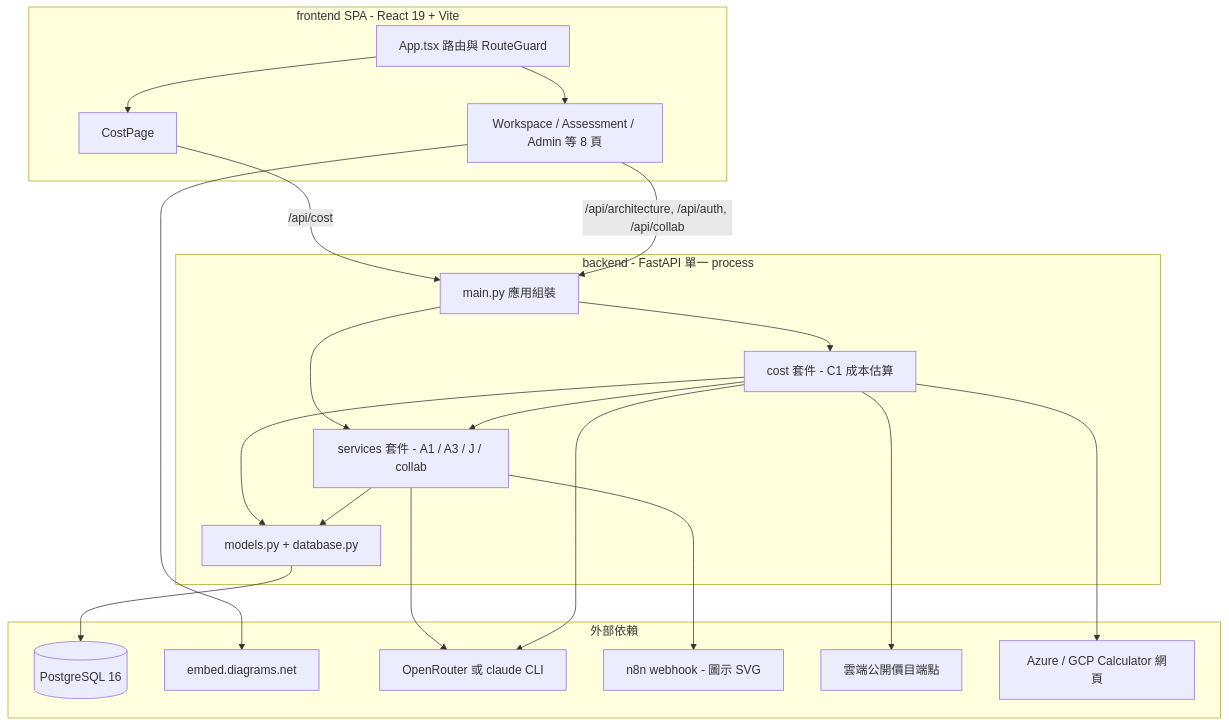
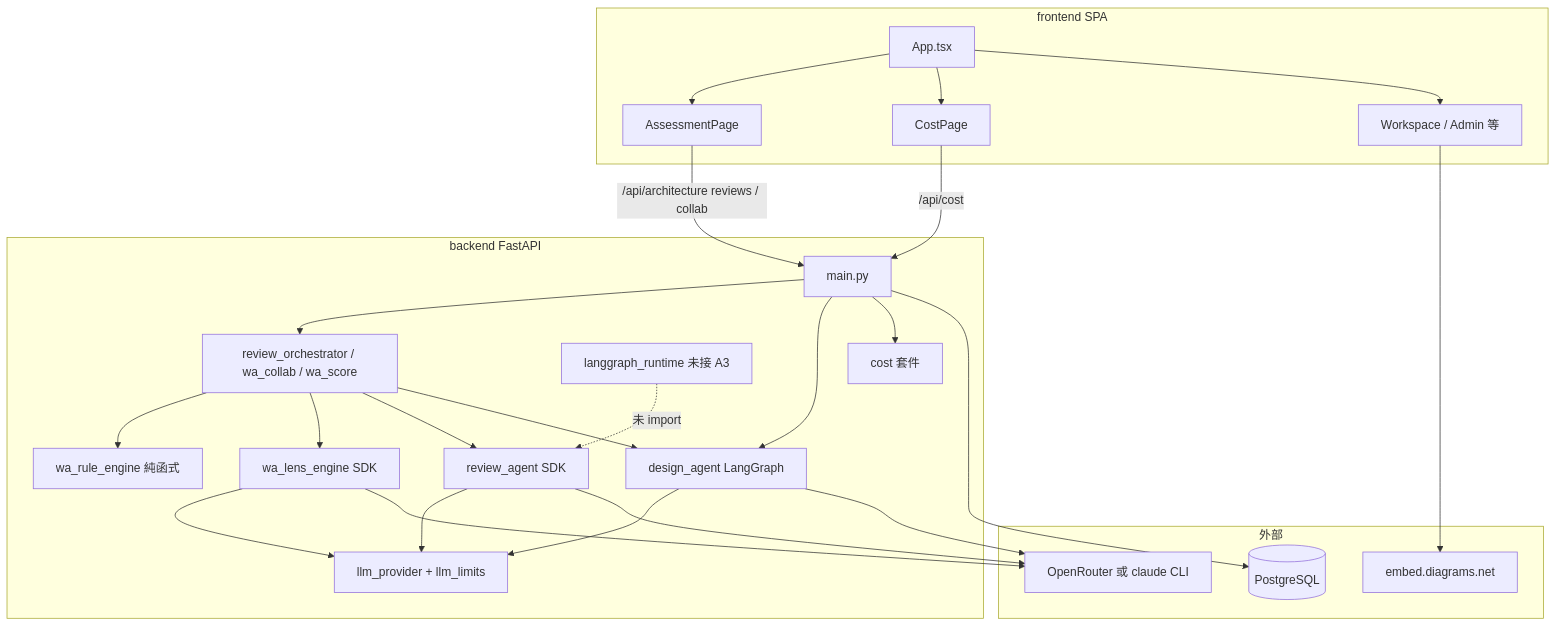
The first of 5 diagrams in aidlc/spaces/default/codekb/cloud/architecture.md (opendiamonds/cloud-360), drawn with Mermaid before and after one commit. The commit also changed other lines of this file and 57 other files, not shown here.

First line of the commit message:
重構(a3): Assessment Review/Lens 改走 LangGraph 並修正串流 state

````diff
--- a/aidlc/spaces/default/codekb/cloud/architecture.md
+++ b/aidlc/spaces/default/codekb/cloud/architecture.md
@@ -18,41 +16,49 @@
 ```mermaid
 graph TD
-  subgraph FE["frontend SPA - React 19 + Vite"]
-    ROUTES["App.tsx 路由與 RouteGuard"]
+  subgraph FE["frontend SPA"]
+    ROUTES["App.tsx"]
+    ASSESS["AssessmentPage"]
     COSTPAGE["CostPage"]
-    OTHERPAGES["Workspace / Assessment / Admin 等 8 頁"]
+    OTHER["Workspace / Admin 等"]
   end
 
-  subgraph BE["backend - FastAPI 單一 process"]
-    MAIN["main.py 應用組裝"]
-    COST["cost 套件 - C1 成本估算"]
-    SVC["services 套件 - A1 / A3 / J / collab"]
-    ORM["models.py + database.py"]
+  subgraph BE["backend FastAPI"]
+    MAIN["main.py"]
+    DESIGN["design_agent LangGraph"]
+    REVIEW["review_agent SDK"]
+    LENS["wa_lens_engine SDK"]
+    RULES["wa_rule_engine 純函式"]
+    ORCH["review_orchestrator / wa_collab / wa_score"]
+    LGHELPER["langgraph_runtime 未接 A3"]
+    LLM["llm_provider + llm_limits"]
+    COST["cost 套件"]
   end
 
-  subgraph EXT["外部依賴"]
-    PG[("PostgreSQL 16")]
+  subgraph EXT["外部"]
+    PG[("PostgreSQL")]
+    OR["OpenRouter 或 claude CLI"]
     DRAWIO["embed.diagrams.net"]
-    LLM["OpenRouter 或 claude CLI"]
-    N8N["n8n webhook - 圖示 SVG"]
-    PRICE["雲端公開價目端點"]
-    CALC["Azure / GCP Calculator 網頁"]
   end
 
+  ROUTES --> ASSESS
   ROUTES --> COSTPAGE
-  ROUTES --> OTHERPAGES
+  ROUTES --> OTHER
+  ASSESS -->|"/api/architecture reviews / collab"| MAIN
   COSTPAGE -->|"/api/cost"| MAIN
-  OTHERPAGES -->|"/api/architecture, /api/auth, /api/collab"| MAIN
+  MAIN --> ORCH
+  MAIN --> DESIGN
   MAIN --> COST
-  MAIN --> SVC
-  COST --> SVC
-  COST --> ORM
-  SVC --> ORM
-  ORM --> PG
-  OTHERPAGES --> DRAWIO
-  SVC --> LLM
-  SVC --> N8N
-  COST --> LLM
-  COST --> PRICE
-  COST --> CALC
+  ORCH --> RULES
+  ORCH --> LENS
+  ORCH --> REVIEW
+  ORCH --> DESIGN
+  DESIGN --> LLM
+  REVIEW --> LLM
+  LENS --> LLM
+  LGHELPER -.->|"未 import"| REVIEW
+  MAIN --> PG
+  DESIGN --> OR
+  REVIEW --> OR
+  LENS --> OR
+  OTHER --> DRAWIO
 ```
````
